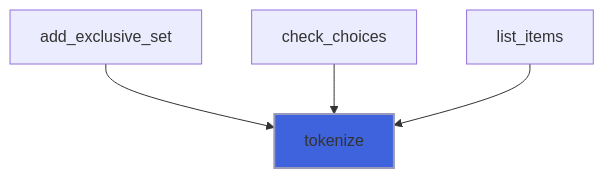
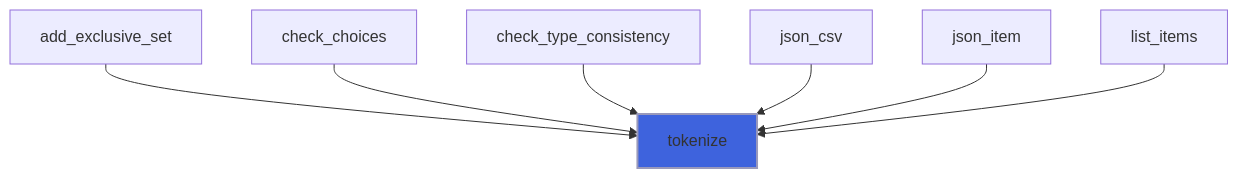
One commit to szaghi/FLAP changed the sixth of 23 diagrams in docs/api/src/lib/flap_utils_m.md. Above: the diagram before and after it, drawn with Mermaid. The commit also changed other lines of this file and 22 other files, not shown here.

````diff
--- a/docs/api/src/lib/flap_utils_m.md
+++ b/docs/api/src/lib/flap_utils_m.md
@@ -229,7 +239,10 @@
 ```mermaid
 flowchart TD
   add_exclusive_set["add_exclusive_set"] --> tokenize["tokenize"]
   check_choices["check_choices"] --> tokenize["tokenize"]
+  check_type_consistency["check_type_consistency"] --> tokenize["tokenize"]
+  json_csv["json_csv"] --> tokenize["tokenize"]
+  json_item["json_item"] --> tokenize["tokenize"]
   list_items["list_items"] --> tokenize["tokenize"]
   style tokenize fill:#3e63dd,stroke:#99b,stroke-width:2px
 ```
````
